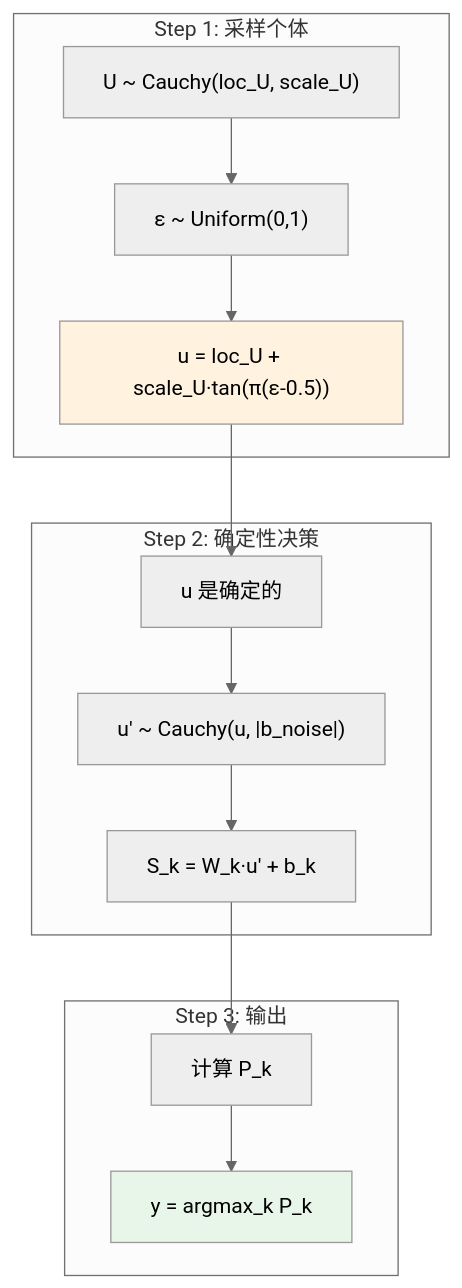
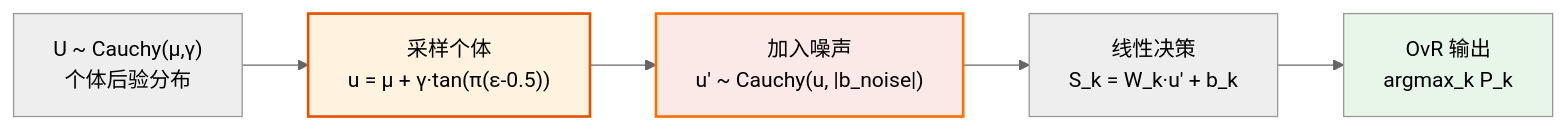
Before and after one commit to 1587causalai/CausalQwen: the ninth of 16 diagrams in design-docs/causal_qwen_text_only.md, drawn with Mermaid (neutral theme). The commit also changed other lines of this file, not shown here.

````diff
--- a/design-docs/causal_qwen_text_only.md
+++ b/design-docs/causal_qwen_text_only.md
@@ -289,21 +458,11 @@
 ```mermaid
-graph TD
-    subgraph "Step 1: 采样个体"
-        Dist["U ~ Cauchy(loc_U, scale_U)"] --> Sample["ε ~ Uniform(0,1)"]
-        Sample --> Transform["u = loc_U + scale_U·tan(π(ε-0.5))"]
-    end
+graph LR
+    Dist["U ~ Cauchy(μ,γ)<br>个体后验分布"] --> Sample["采样个体<br>u = μ + γ·tan(π(ε-0.5))"]
+    Sample --> Noise["加入噪声<br>u' ~ Cauchy(u, |b_noise|)"]
+    Noise --> Decision["线性决策<br>S_k = W_k·u' + b_k"]
+    Decision --> Output["OvR 输出<br>argmax_k P_k"]
     
-    subgraph "Step 2: 确定性决策"
-        Transform --> Det["u 是确定的"]
-        Det --> Noisy["u' ~ Cauchy(u, |b_noise|)"]
-        Noisy --> Linear["S_k = W_k·u' + b_k"]
-    end
-    
-    subgraph "Step 3: 输出"
-        Linear --> Prob["计算 P_k"]
-        Prob --> Out["y = argmax_k P_k"]
-    end
-    
-    style Transform fill:#fff3e0
-    style Out fill:#e8f5e9
+    style Sample fill:#fff3e0,stroke:#e65100,stroke-width:2px
+    style Noise fill:#fbe9e7,stroke:#ff6f00,stroke-width:2px
+    style Output fill:#e8f5e9
 ```
````
